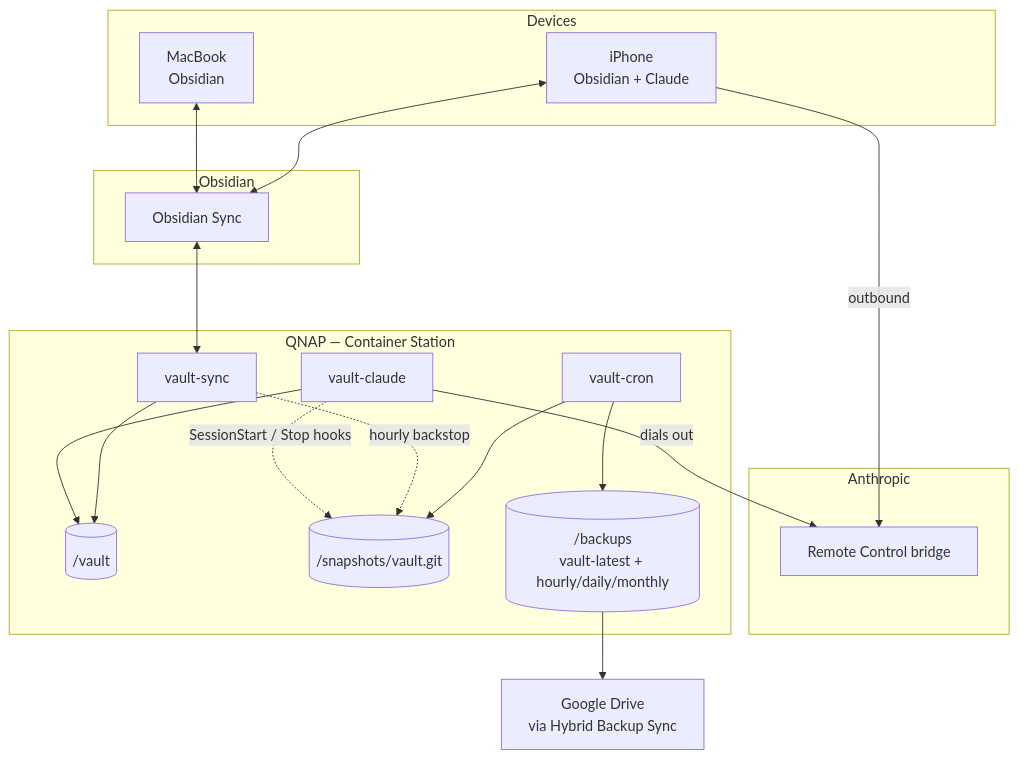
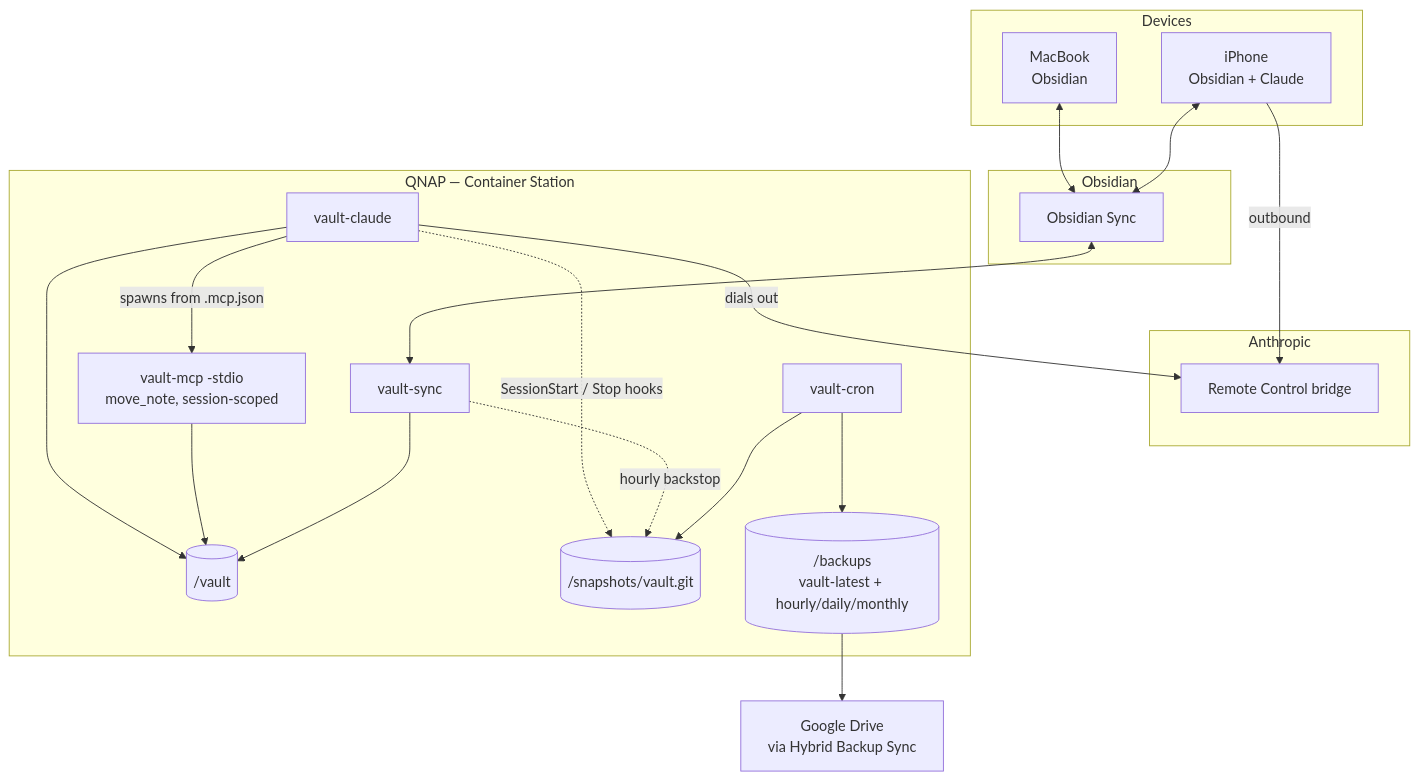
Before and after one commit to ky1ejs/homelab: the first of 4 diagrams in obsidian-vault/ARCHITECTURE.md, drawn with Mermaid. The commit also changed other lines of this file and 24 other files, not shown here.

````diff
--- a/obsidian-vault/ARCHITECTURE.md
+++ b/obsidian-vault/ARCHITECTURE.md
@@ -25,39 +25,42 @@
 ```mermaid
 flowchart TB
     subgraph clients["Devices"]
         mac["MacBook<br/>Obsidian"]
         iphone["iPhone<br/>Obsidian + Claude"]
     end
 
     subgraph anth["Anthropic"]
         bridge["Remote Control bridge"]
     end
 
     subgraph obsc["Obsidian"]
         syncsvc["Obsidian Sync"]
     end
 
     subgraph nas["QNAP — Container Station"]
         agent["vault-claude"]
+        move["vault-mcp -stdio<br/>move_note, session-scoped"]
         sync["vault-sync"]
         cron["vault-cron"]
         vault[("/vault")]
         snap[("/snapshots/vault.git")]
         bundles[("/backups<br/>vault-latest + hourly/daily/monthly")]
     end
 
     gdrive["Google Drive<br/>via Hybrid Backup Sync"]
 
     iphone -->|outbound| bridge
     agent -->|dials out| bridge
     mac <--> syncsvc
     iphone <--> syncsvc
     syncsvc <--> sync
     agent --> vault
+    agent -->|spawns from .mcp.json| move
+    move --> vault
     sync --> vault
     agent -.->|SessionStart / Stop hooks| snap
     sync -.->|hourly backstop| snap
     cron --> snap
     cron --> bundles
     bundles --> gdrive
 ```
````
